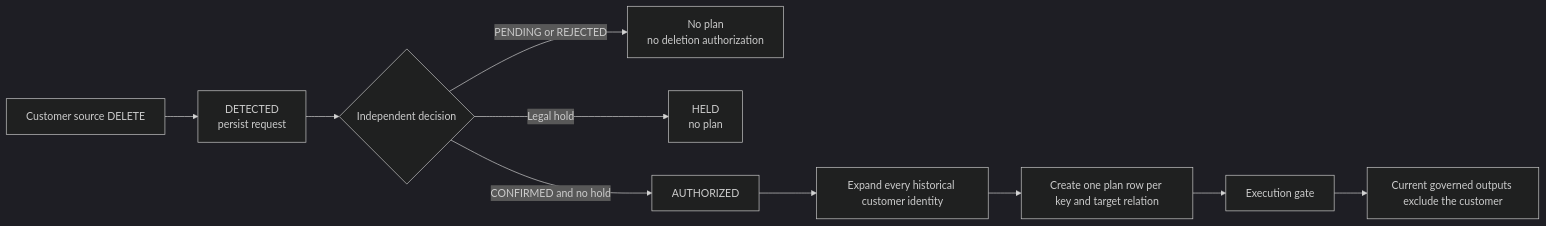
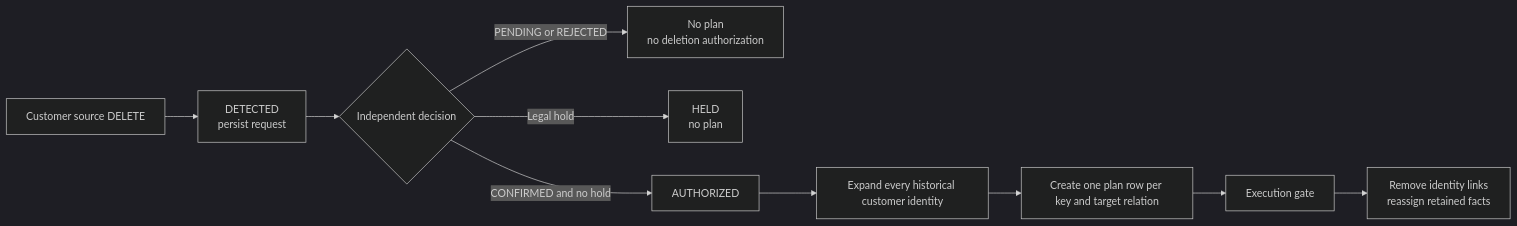
One commit to MiguelElGallo/bricksgdpr-publi changed the diagram in docs/reference/deletion-control.md. Above: the diagram before and after it, drawn with Mermaid (dark theme). The commit also changed other lines of this file and 57 other files, not shown here.

Commit message:
feat: retain erased customer facts with special members

````diff
--- a/docs/reference/deletion-control.md
+++ b/docs/reference/deletion-control.md
@@ -12,12 +12,12 @@
 ```mermaid
 flowchart LR
     A["Customer source DELETE"] --> B["DETECTED<br/>persist request"]
     B --> C{"Independent decision"}
     C -->|"PENDING or REJECTED"| D["No plan<br/>no deletion authorization"]
     C -->|"Legal hold"| E["HELD<br/>no plan"]
     C -->|"CONFIRMED and no hold"| F["AUTHORIZED"]
     F --> G["Expand every historical customer identity"]
     G --> H["Create one plan row per key and target relation"]
     H --> I["Execution gate"]
-    I --> J["Current governed outputs exclude the customer"]
+    I --> J["Remove identity links<br/>reassign retained facts"]
 ```
````
